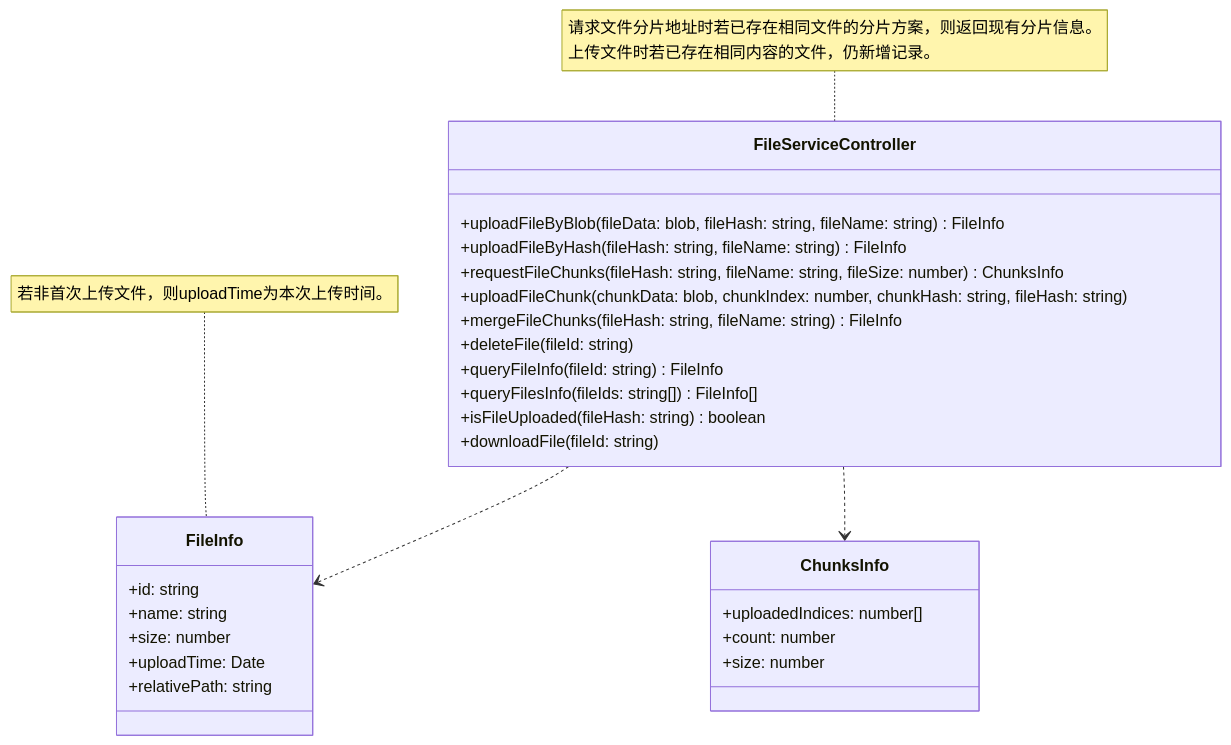
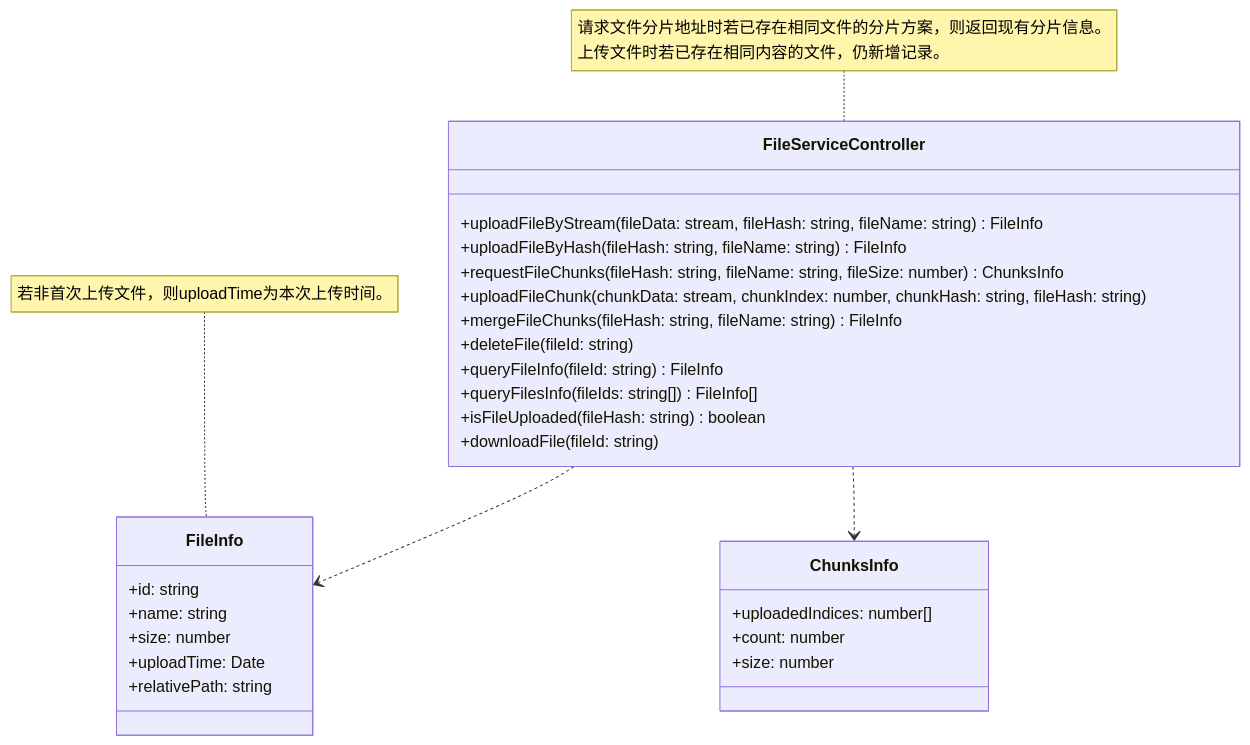
Before and after one commit to niuiic/file-service: the second of 11 diagrams in README.md, drawn with Mermaid. The commit also changed other lines of this file, not shown here.

````diff
--- a/README.md
+++ b/README.md
@@ -67,36 +67,36 @@
 ```mermaid
 classDiagram
     note for FileServiceController "请求文件分片地址时若已存在相同文件的分片方案，则返回现有分片信息。<br>上传文件时若已存在相同内容的文件，仍新增记录。"
     FileServiceController ..> FileInfo
     FileServiceController ..> ChunksInfo
     class FileServiceController {
         %% create
-        +uploadFileByBlob(fileData: blob, fileHash: string, fileName: string) FileInfo
+        +uploadFileByStream(fileData: stream, fileHash: string, fileName: string) FileInfo
         +uploadFileByHash(fileHash: string, fileName: string) FileInfo
         +requestFileChunks(fileHash: string, fileName: string, fileSize: number) ChunksInfo
-        +uploadFileChunk(chunkData: blob, chunkIndex: number, chunkHash: string, fileHash: string)
+        +uploadFileChunk(chunkData: stream, chunkIndex: number, chunkHash: string, fileHash: string)
         +mergeFileChunks(fileHash: string, fileName: string) FileInfo
         %% delete
         +deleteFile(fileId: string)
         %% query
         +queryFileInfo(fileId: string) FileInfo
         +queryFilesInfo(fileIds: string[]) FileInfo[]
         +isFileUploaded(fileHash: string) boolean
         +downloadFile(fileId: string)
     }
 
     note for FileInfo "若非首次上传文件，则uploadTime为本次上传时间。"
     class FileInfo {
         +id: string
         +name: string
         +size: number
         +uploadTime: Date
         +relativePath: string
     }
 
     class ChunksInfo {
         +uploadedIndices: number[]
         +count: number
         +size: number
     }
 ```
````
